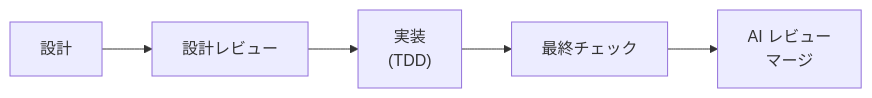
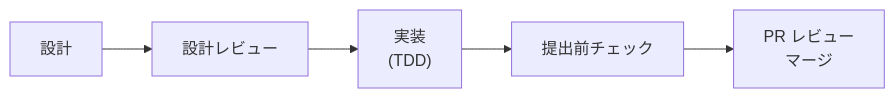
One commit to ka2kama/ringiflow changed the second of 3 diagrams in README.md. Above: the diagram before and after it, drawn with Mermaid. The commit also changed other lines of this file, not shown here.

Commit message:
Fix misleading label in README quality flow diagram (#319)
## Issue

なし

## Summary

README の品質チェックフロー図で「最終チェック」と表記していたが、その後に AI
レビューがあるため「最終」ではなかった。「Self-review」に修正。

## Self-review

| # | 観点 | 判定 | 確認内容 |
|---|------|------|---------|
| 1 | 用語の正確さ | OK | フロー図・説明文・箇条書きの3箇所を統一 |
| 2 | 既存ドキュメントとの整合 | OK | CLAUDE.md の Self-review 用語と一致 |

🤖 Generated with [Claude Code](https://claude.com/claude-code)

````diff
--- a/README.md
+++ b/README.md
@@ -99,7 +99,7 @@
 ```mermaid
 flowchart LR
     A["設計"] --> B["設計レビュー"]
     B --> C["実装<br/>(TDD)"]
-    C --> D["最終チェック"]
-    D --> E["AI レビュー<br/>マージ"]
+    C --> D["提出前チェック"]
+    D --> E["PR レビュー<br/>マージ"]
 ```
````
